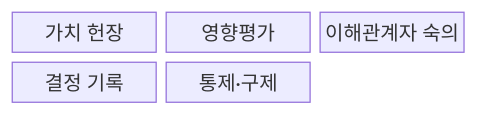
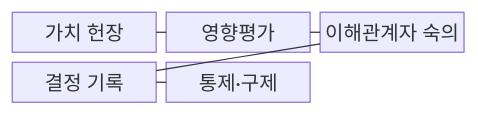
The first of 2 diagrams in src/content/docs/notes/08-latest-tech/109_ai_ethics.md (agnusdei1207/knowledge-base), drawn with Mermaid before and after one commit. The commit also changed other lines of this file and 228 other files, not shown here.

````diff
--- a/src/content/docs/notes/08-latest-tech/109_ai_ethics.md
+++ b/src/content/docs/notes/08-latest-tech/109_ai_ethics.md
@@ -49,9 +49,13 @@
 ```mermaid
 block-beta
     columns 3
     V["가치 헌장"]
     I["영향평가"]
     D["이해관계자 숙의"]
     R["결정 기록"]
     C["통제·구제"]
+    V --- I
+    I --- D
+    D --- R
+    R --- C
 ```
````
